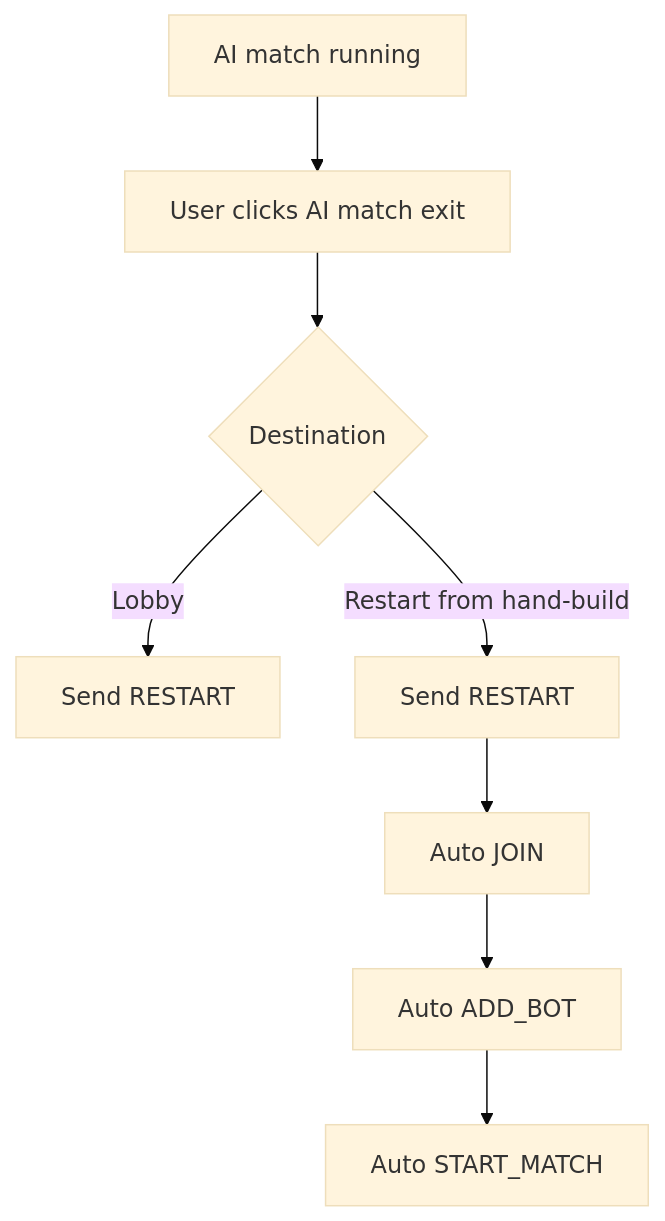
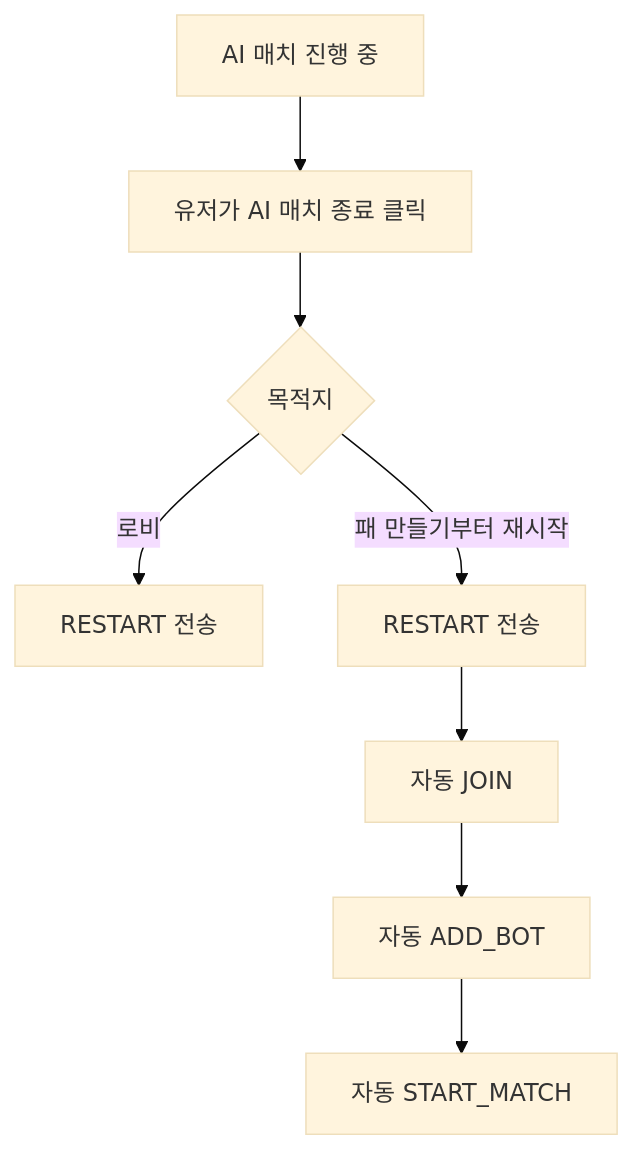
Before and after one commit to yomania/step13: the second of 2 diagrams in docs/system-flow.md, drawn with Mermaid (base theme). The commit also changed other lines of this file and 22 other files, not shown here.

````diff
--- a/docs/system-flow.md
+++ b/docs/system-flow.md
@@ -47,10 +47,10 @@
 ```mermaid
 flowchart TD
-    A[AI match running] --> B[User clicks AI match exit]
-    B --> C{Destination}
-    C -->|Lobby| D[Send RESTART]
-    C -->|Restart from hand-build| E[Send RESTART]
-    E --> F[Auto JOIN]
-    F --> G[Auto ADD_BOT]
-    G --> H[Auto START_MATCH]
+    A[AI 매치 진행 중] --> B[유저가 AI 매치 종료 클릭]
+    B --> C{목적지}
+    C -->|로비| D[RESTART 전송]
+    C -->|패 만들기부터 재시작| E[RESTART 전송]
+    E --> F[자동 JOIN]
+    F --> G[자동 ADD_BOT]
+    G --> H[자동 START_MATCH]
 ```
````
